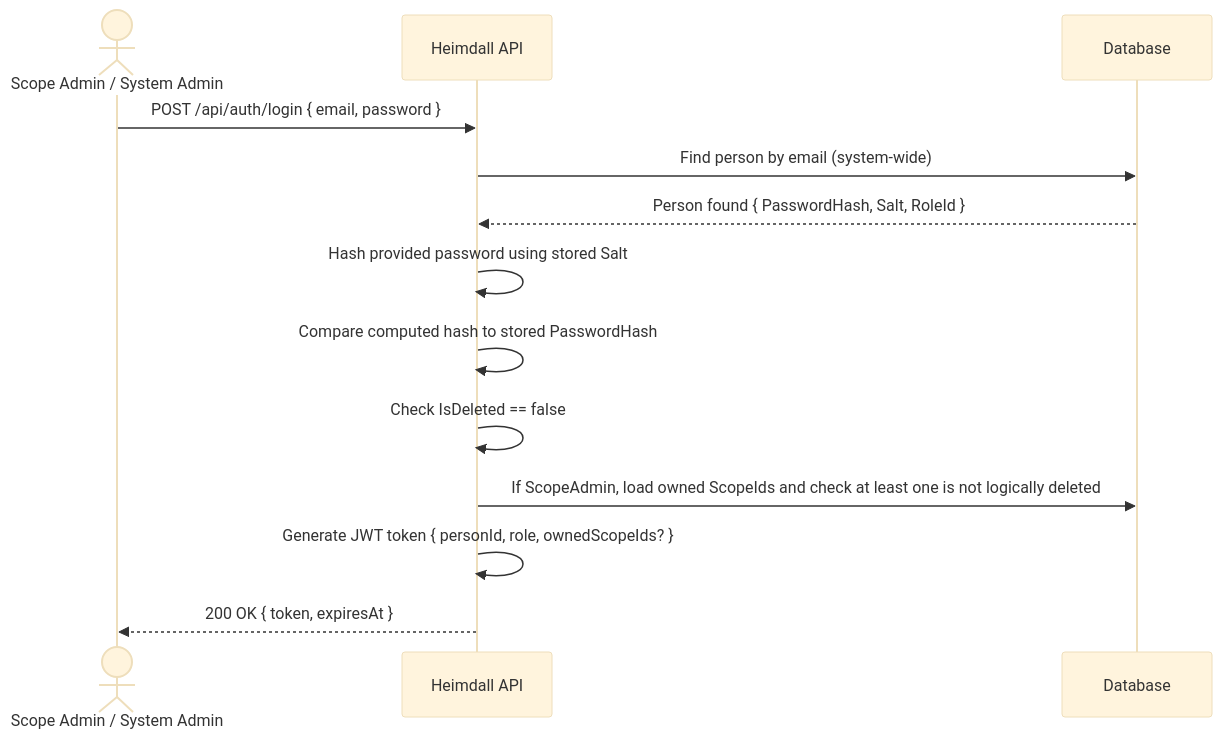
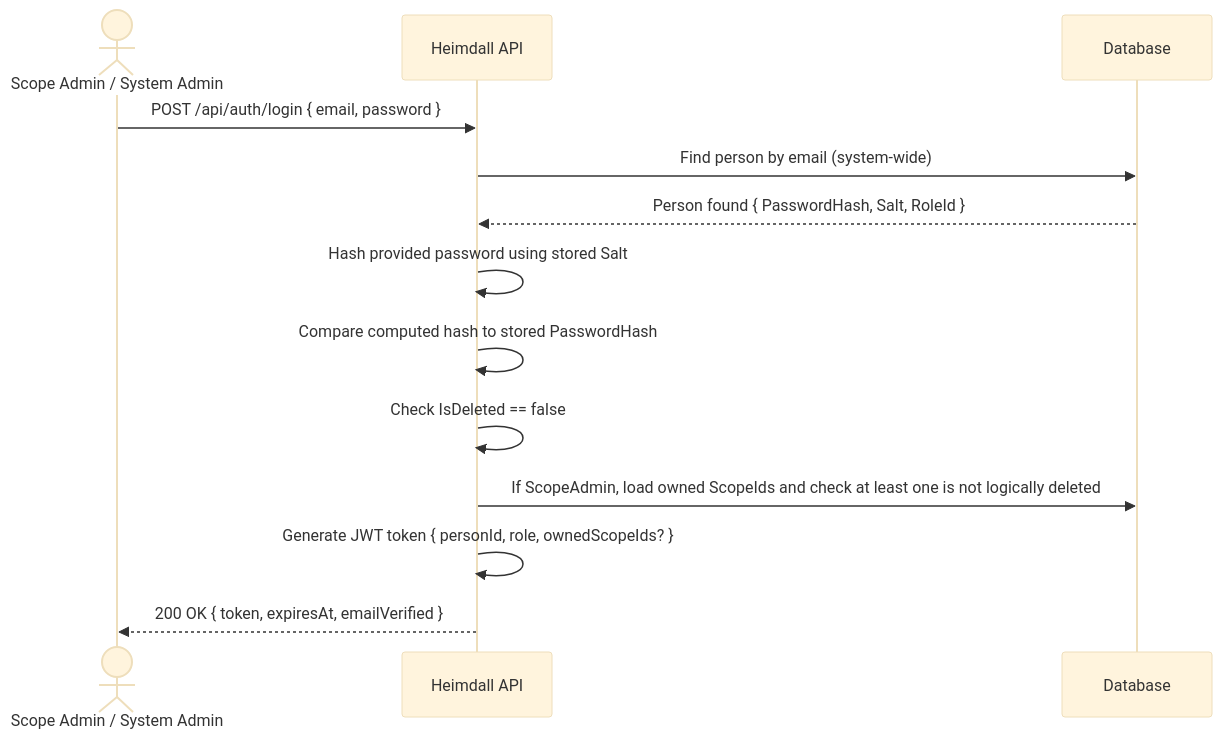
Before and after one commit to artur-rios/heimdall-api: the seventh of 26 diagrams in docs/requirements/Use Case Specification Document.md, drawn with Mermaid (base theme). The commit also changed other lines of this file and 6 other files, not shown here.

````diff
--- a/docs/requirements/Use Case Specification Document.md
+++ b/docs/requirements/Use Case Specification Document.md
@@ -671,16 +671,16 @@
 ```mermaid
 sequenceDiagram
     actor A as Scope Admin / System Admin
     participant API as Heimdall API
     participant DB as Database
 
     A->>API: POST /api/auth/login { email, password }
     API->>DB: Find person by email (system-wide)
     DB-->>API: Person found { PasswordHash, Salt, RoleId }
     API->>API: Hash provided password using stored Salt
     API->>API: Compare computed hash to stored PasswordHash
     API->>API: Check IsDeleted == false
     API->>DB: If ScopeAdmin, load owned ScopeIds and check at least one is not logically deleted
     API->>API: Generate JWT token { personId, role, ownedScopeIds? }
-    API-->>A: 200 OK { token, expiresAt }
+    API-->>A: 200 OK { token, expiresAt, emailVerified }
 ```
````
